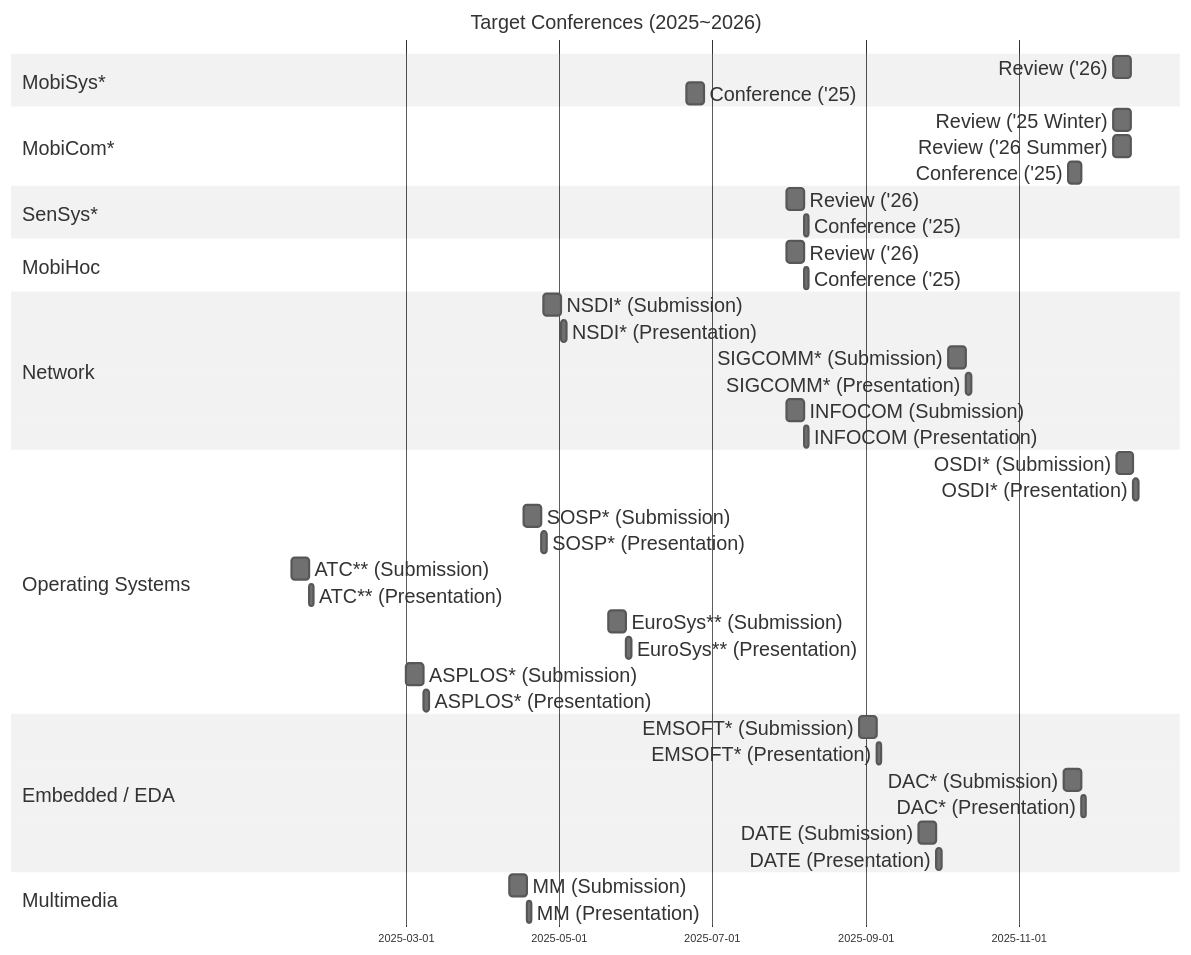
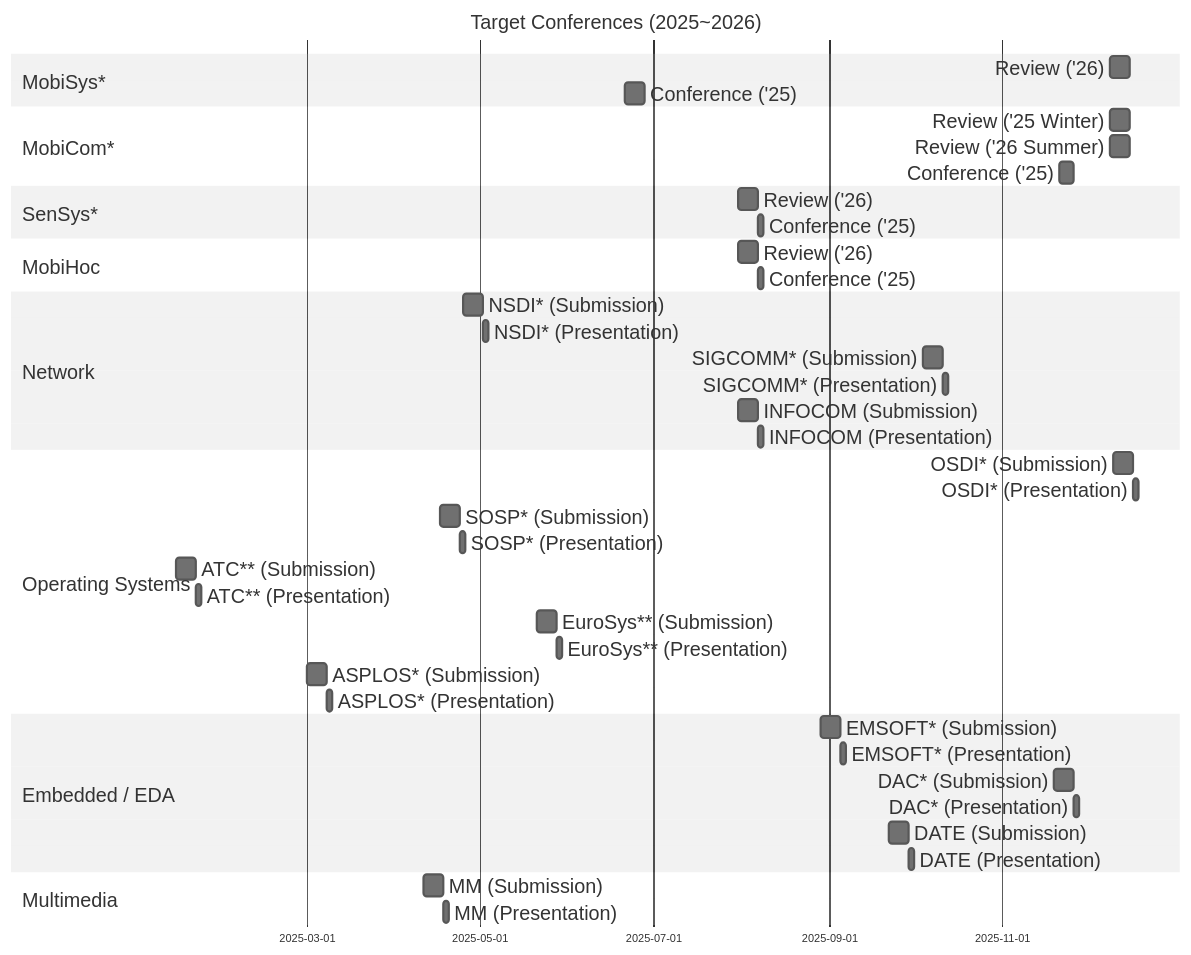
The diagram in README.md (iamseonghoon/Mobile-Systems-Conference-Timelines), drawn with Mermaid before and after one commit.

````diff
--- a/README.md
+++ b/README.md
@@ -5,78 +5,78 @@
 ```mermaid
 %%{init: {'theme': 'neutral',
 'themeVariables': {
       'fontSize': '18px'},
 "gantt": {
       "fontSize": 18,
       "sectionFontSize": 18,
-      "leftPadding": 255
+      "leftPadding": 150
   }}}%%
 gantt
     dateFormat  YYYY-MM-DD
     tickInterval 2month
     title Target Conferences (2025~2026)
 
     %% --------------------------
     %% Mobile
     %% --------------------------
     section MobiSys*
     Review ('26)        :mobisys-review,    2025-12-09, 7d
     Conference ('25)      :mobisys-conf,    2025-06-21, 7d
     
     section MobiCom*
     Review ('25 Winter)       :mobicom-review1,    2025-12-09, 7d
     Review ('26 Summer)       :mobicom-review2,    2025-12-09, 7d
     Conference ('25)          :mobicom-conf,    2025-11-21, 5d
 
     section SenSys*
     Review ('26)        :sens-sub,  2025-07-31, 7d
     Conference ('25)      :sens-pres, after sens-sub, 2d
 
     section MobiHoc
     Review ('26)        :sens-sub,  2025-07-31, 7d
     Conference ('25)      :sens-pres, after sens-sub, 2d
 
     %% --------------------------
     %% Network
     %% --------------------------
     section Network
     NSDI* (Submission)          :nsdi-sub,  2025-04-25, 7d
     NSDI* (Presentation)        :nsdi-pres, after nsdi-sub, 2d
     SIGCOMM* (Submission)       :sig-sub,   2025-10-04, 7d
     SIGCOMM* (Presentation)     :sig-pres,  after sig-sub, 2d
     INFOCOM (Submission)        :info-sub,  2025-07-31, 7d
     INFOCOM (Presentation)      :info-pres, after info-sub, 2d
 
     %% --------------------------
     %% Operating Systems
     %% --------------------------
     section Operating Systems
     OSDI* (Submission)          :osdi-sub,  2025-12-10, 7d
     OSDI* (Presentation)        :osdi-pres, after osdi-sub, 2d
     SOSP* (Submission)          :sosp-sub,  2025-04-17, 7d
     SOSP* (Presentation)        :sosp-pres, after sosp-sub, 2d
     ATC** (Submission)          :atc-sub,   2025-01-14, 7d
     ATC** (Presentation)        :atc-pres,  after atc-sub, 2d
     EuroSys** (Submission)      :euros-sub, 2025-05-21, 7d
     EuroSys** (Presentation)    :euros-pres,after euros-sub, 2d
     ASPLOS* (Submission)        :aspl-sub,  2025-03-01, 7d
     ASPLOS* (Presentation)      :aspl-pres, after aspl-sub, 2d
 
     %% --------------------------
     %% Embedded / EDA
     %% --------------------------
     section Embedded / EDA
     EMSOFT* (Submission)        :ems-sub,   2025-08-29, 7d
     EMSOFT* (Presentation)      :ems-pres,  after ems-sub, 2d
     DAC* (Submission)           :dac-sub,   2025-11-19, 7d
     DAC* (Presentation)         :dac-pres,  after dac-sub, 2d
     DATE (Submission)           :date-sub,  2025-09-22, 7d
     DATE (Presentation)         :date-pres, after date-sub, 2d
 
     %% --------------------------
     %% Multimedia
     %% --------------------------
     section Multimedia
     MM (Submission)             :mm-sub,    2025-04-11, 7d
     MM (Presentation)           :mm-pres,   after mm-sub, 2d
 ```
````
